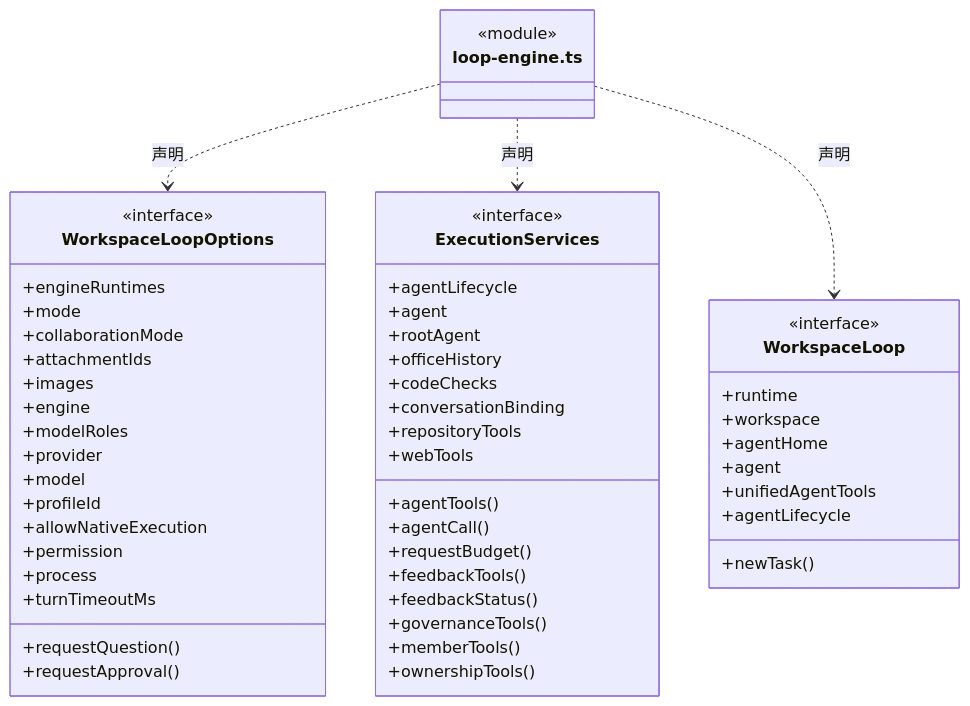
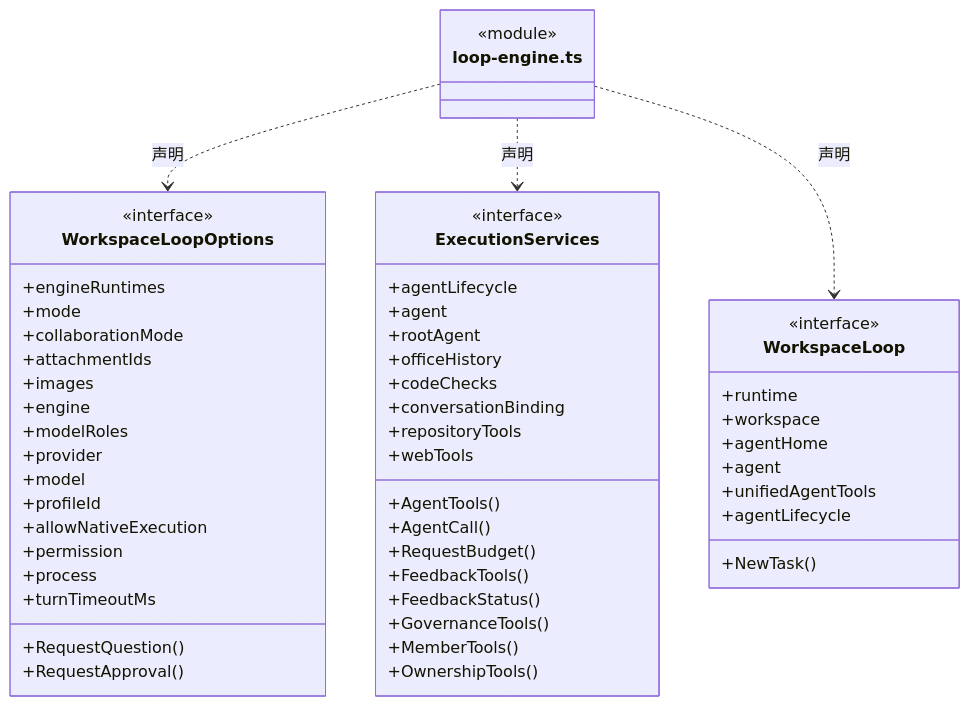
Before and after one commit to nan023062/cbim: the sixth of 9 diagrams in src/logic/execution/assembly/ARCHITECTURE.md, drawn with Mermaid. The commit also changed other lines of this file and 1035 other files, not shown here.

````diff
--- a/src/logic/execution/assembly/ARCHITECTURE.md
+++ b/src/logic/execution/assembly/ARCHITECTURE.md
@@ -117,57 +117,57 @@
 ```mermaid
 classDiagram
 class N_src_logic_execution_assembly_loop_engine_ts["loop-engine.ts"] {
   <<module>>
 }
 class N_src_logic_execution_assembly_loop_engine_ts_WorkspaceLoopOptions["WorkspaceLoopOptions"] {
   <<interface>>
   +engineRuntimes
   +mode
   +collaborationMode
   +attachmentIds
   +images
   +engine
   +modelRoles
   +provider
   +model
   +profileId
   +allowNativeExecution
   +permission
-  +requestQuestion()
-  +requestApproval()
+  +RequestQuestion()
+  +RequestApproval()
   +process
   +turnTimeoutMs
 }
 N_src_logic_execution_assembly_loop_engine_ts ..> N_src_logic_execution_assembly_loop_engine_ts_WorkspaceLoopOptions : 声明
 class N_src_logic_execution_assembly_loop_engine_ts_ExecutionServices["ExecutionServices"] {
   <<interface>>
   +agentLifecycle
   +agent
   +rootAgent
   +officeHistory
-  +agentTools()
-  +agentCall()
+  +AgentTools()
+  +AgentCall()
   +codeChecks
-  +requestBudget()
+  +RequestBudget()
   +conversationBinding
   +repositoryTools
   +webTools
-  +feedbackTools()
-  +feedbackStatus()
-  +governanceTools()
-  +memberTools()
-  +ownershipTools()
+  +FeedbackTools()
+  +FeedbackStatus()
+  +GovernanceTools()
+  +MemberTools()
+  +OwnershipTools()
 }
 N_src_logic_execution_assembly_loop_engine_ts ..> N_src_logic_execution_assembly_loop_engine_ts_ExecutionServices : 声明
 class N_src_logic_execution_assembly_loop_engine_ts_WorkspaceLoop["WorkspaceLoop"] {
   <<interface>>
   +runtime
   +workspace
   +agentHome
   +agent
   +unifiedAgentTools
   +agentLifecycle
-  +newTask()
+  +NewTask()
 }
 N_src_logic_execution_assembly_loop_engine_ts ..> N_src_logic_execution_assembly_loop_engine_ts_WorkspaceLoop : 声明
 ```
````
